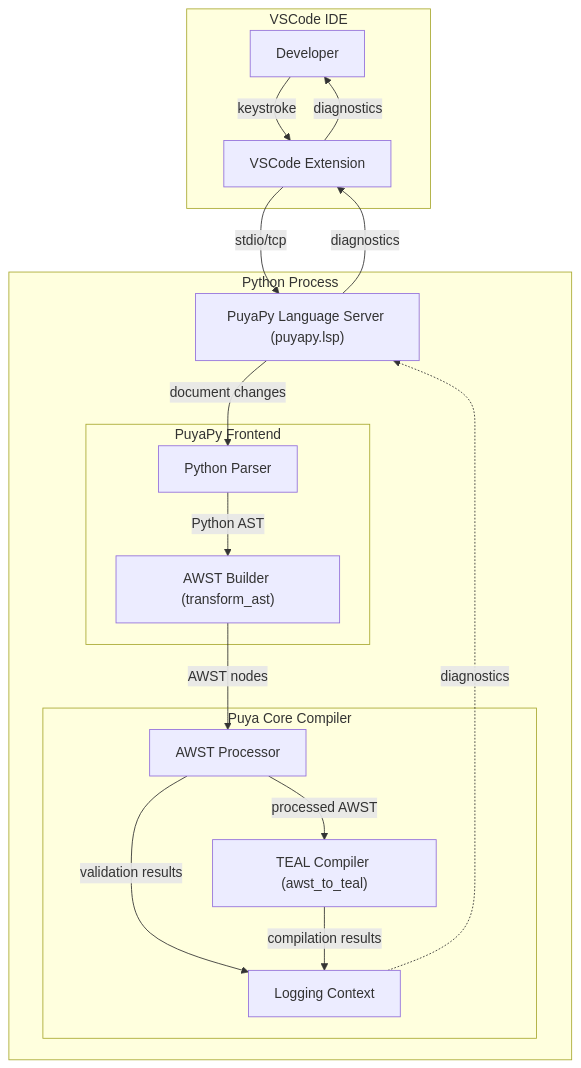
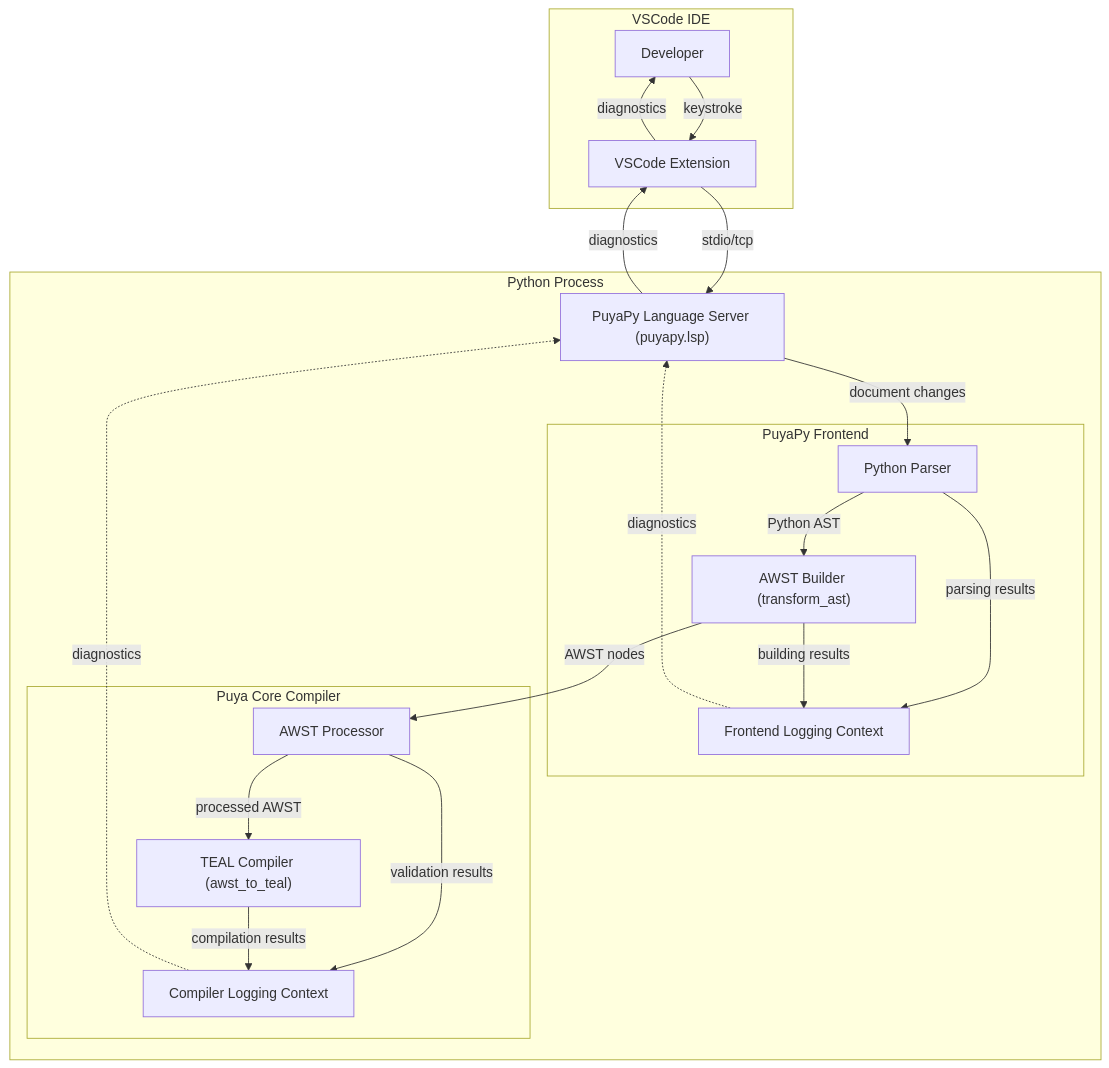
One commit to algorandfoundation/puya changed the second of 3 diagrams in docs/architecture/language-server.md. Above: the diagram before and after it, drawn with Mermaid. The commit also changed other lines of this file, not shown here.

````diff
--- a/docs/architecture/language-server.md
+++ b/docs/architecture/language-server.md
@@ -34,42 +34,47 @@
 ```mermaid
 flowchart TB
     subgraph "VSCode IDE"
         Developer["Developer"]
         VSCodeExt["VSCode Extension"]
     end
     
     subgraph "Python Process"
         PuyaPyLSP["PuyaPy Language Server (puyapy.lsp)"]
         
         subgraph "PuyaPy Frontend"
             PyParser["Python Parser"]
             AWSBuilder["AWST Builder (transform_ast)"]
+            FrontendLogCtx["Frontend Logging Context"]
         end
         
         subgraph "Puya Core Compiler"
             AWSTProcF["AWST Processor"]
             TealCompiler["TEAL Compiler (awst_to_teal)"]
-            LogContext["Logging Context"]
+            CompilerLogCtx["Compiler Logging Context"]
         end
     end
     
     Developer -->|keystroke| VSCodeExt
     VSCodeExt -->|stdio/tcp| PuyaPyLSP
     
     PuyaPyLSP -->|document changes| PyParser
     PyParser -->|Python AST| AWSBuilder
     AWSBuilder -->|AWST nodes| AWSTProcF
     AWSTProcF -->|processed AWST| TealCompiler
     
-    LogContext -.->|diagnostics| PuyaPyLSP
-    AWSTProcF -->|validation results| LogContext
-    TealCompiler -->|compilation results| LogContext
+    FrontendLogCtx -.->|diagnostics| PuyaPyLSP
+    PyParser -->|parsing results| FrontendLogCtx
+    AWSBuilder -->|building results| FrontendLogCtx
+    
+    CompilerLogCtx -.->|diagnostics| PuyaPyLSP
+    AWSTProcF -->|validation results| CompilerLogCtx
+    TealCompiler -->|compilation results| CompilerLogCtx
     
     PuyaPyLSP -->|diagnostics| VSCodeExt
     VSCodeExt -->|diagnostics| Developer
     
     class Developer,VSCodeExt vscode
     class PuyaPyLSP pyProcess
-    class PyParser,AWSBuilder frontend
-    class AWSTProcF,TealCompiler,LogContext coreComp
+    class PyParser,AWSBuilder,FrontendLogCtx frontend
+    class AWSTProcF,TealCompiler,CompilerLogCtx coreComp
 ```
````
